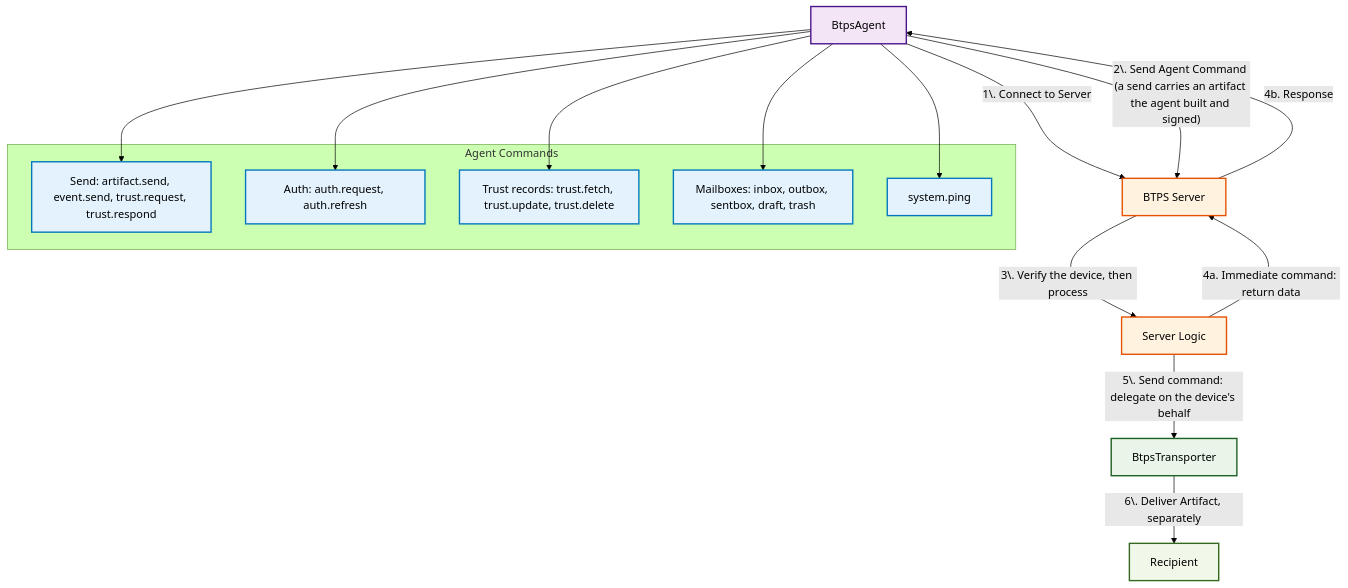
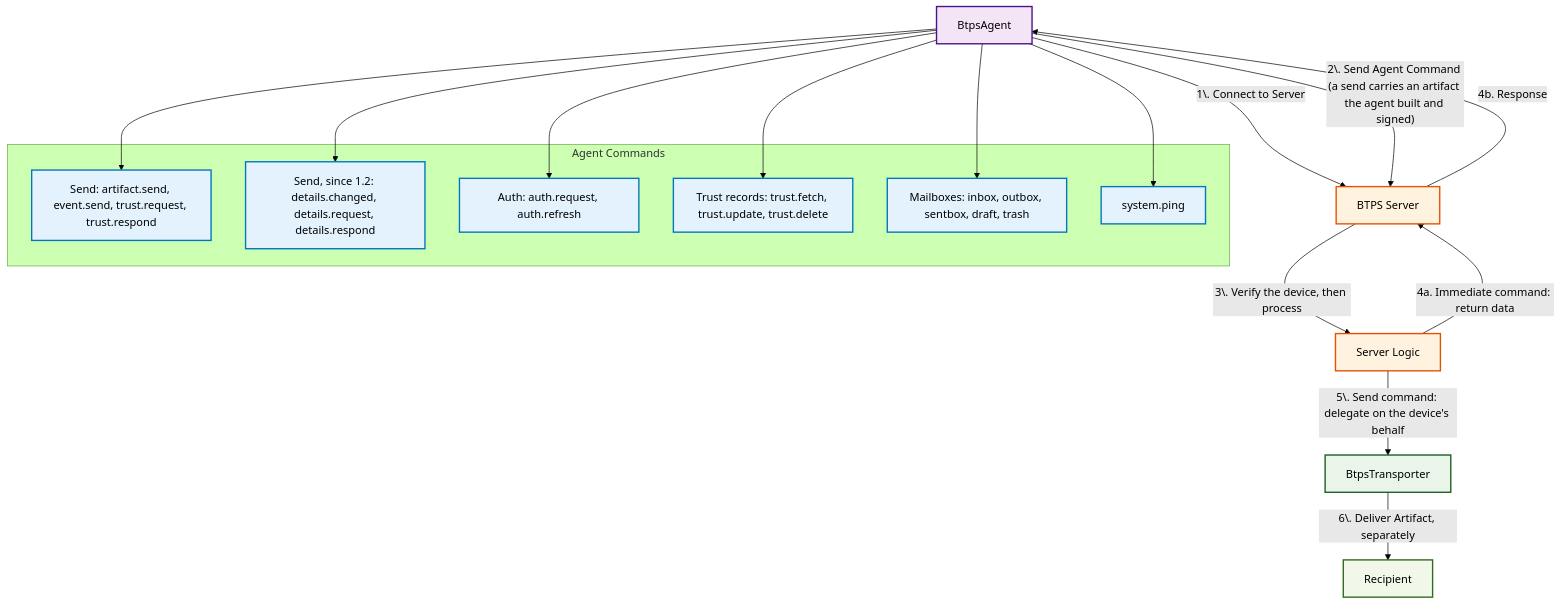
One commit to openbtps/btps-node changed the diagram in docs/docusaurus/docs/client/btpsAgent/overview.md. Above: the diagram before and after it, drawn with Mermaid (forest theme). The commit also changed other lines of this file and 26 other files, not shown here.

````diff
--- a/docs/docusaurus/docs/client/btpsAgent/overview.md
+++ b/docs/docusaurus/docs/client/btpsAgent/overview.md
@@ -29,36 +29,38 @@
 ```mermaid
 graph TD
     A["BtpsAgent"] -->|"1\. Connect to Server"| B["BTPS Server"]
     A -->|"2\. Send Agent Command (a send carries an artifact the agent built and signed)"| B
     B -->|"3\. Verify the device, then process"| C["Server Logic"]
     C -->|"4a. Immediate command: return data"| B
     B -->|"4b. Response"| A
     C -->|"5\. Send command: delegate on the device's behalf"| D["BtpsTransporter"]
     D -->|"6\. Deliver Artifact, separately"| E["Recipient"]
 
     subgraph "Agent Commands"
         F["Send: artifact.send, event.send, trust.request, trust.respond"]
+        K["Send, since 1.2: details.changed, details.request, details.respond"]
         G["Auth: auth.request, auth.refresh"]
         H["Trust records: trust.fetch, trust.update, trust.delete"]
         I["Mailboxes: inbox, outbox, sentbox, draft, trash"]
         J["system.ping"]
     end
 
     A --> F
+    A --> K
     A --> G
     A --> H
     A --> I
     A --> J
 
     classDef agent fill:#f3e5f5,stroke:#4a148c,stroke-width:2px
     classDef server fill:#fff3e0,stroke:#e65100,stroke-width:2px
     classDef transporter fill:#e8f5e8,stroke:#1b5e20,stroke-width:2px
     classDef recipient fill:#f1f8e9,stroke:#33691e,stroke-width:2px
     classDef commands fill:#e3f2fd,stroke:#0277bd,stroke-width:2px
 
     class A agent
     class B,C server
     class D transporter
     class E recipient
-    class F,G,H,I,J commands
+    class F,G,H,I,J,K commands
 ```
````
